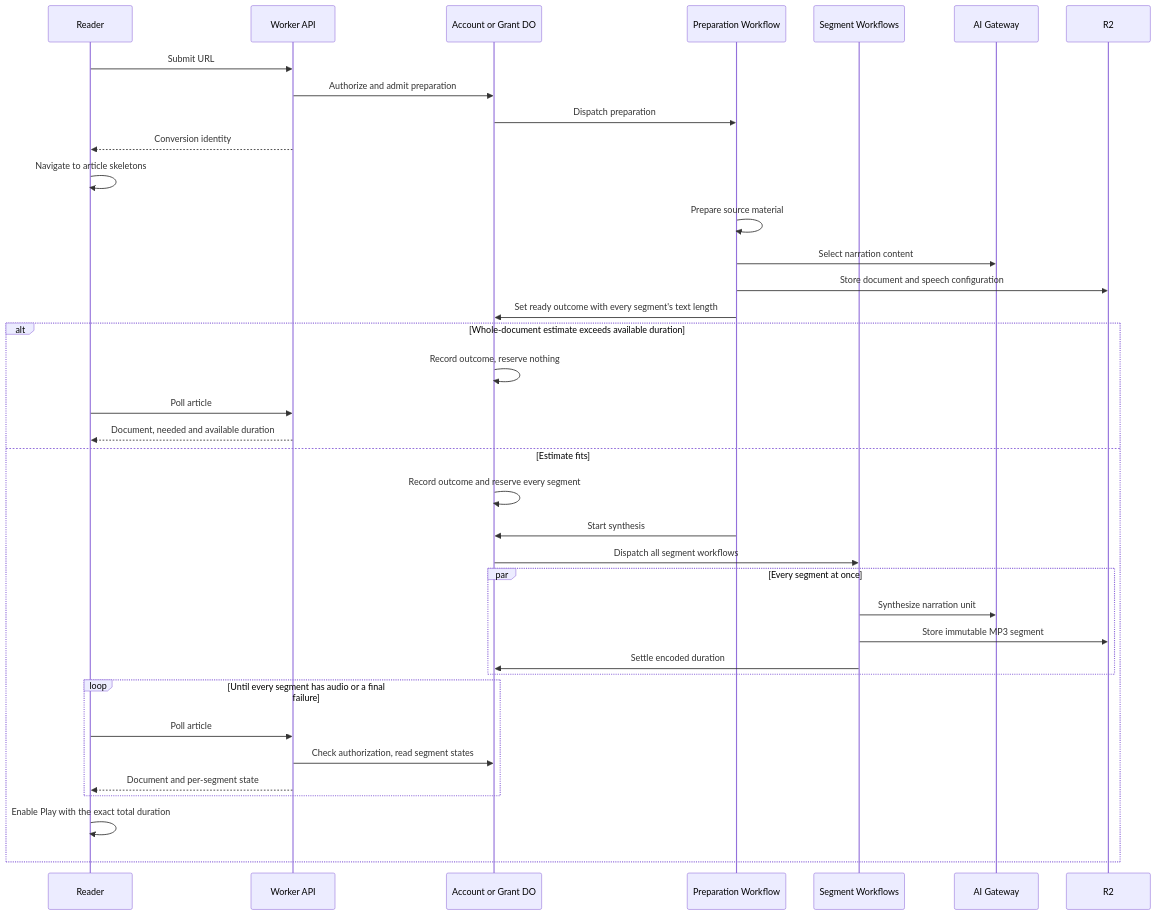
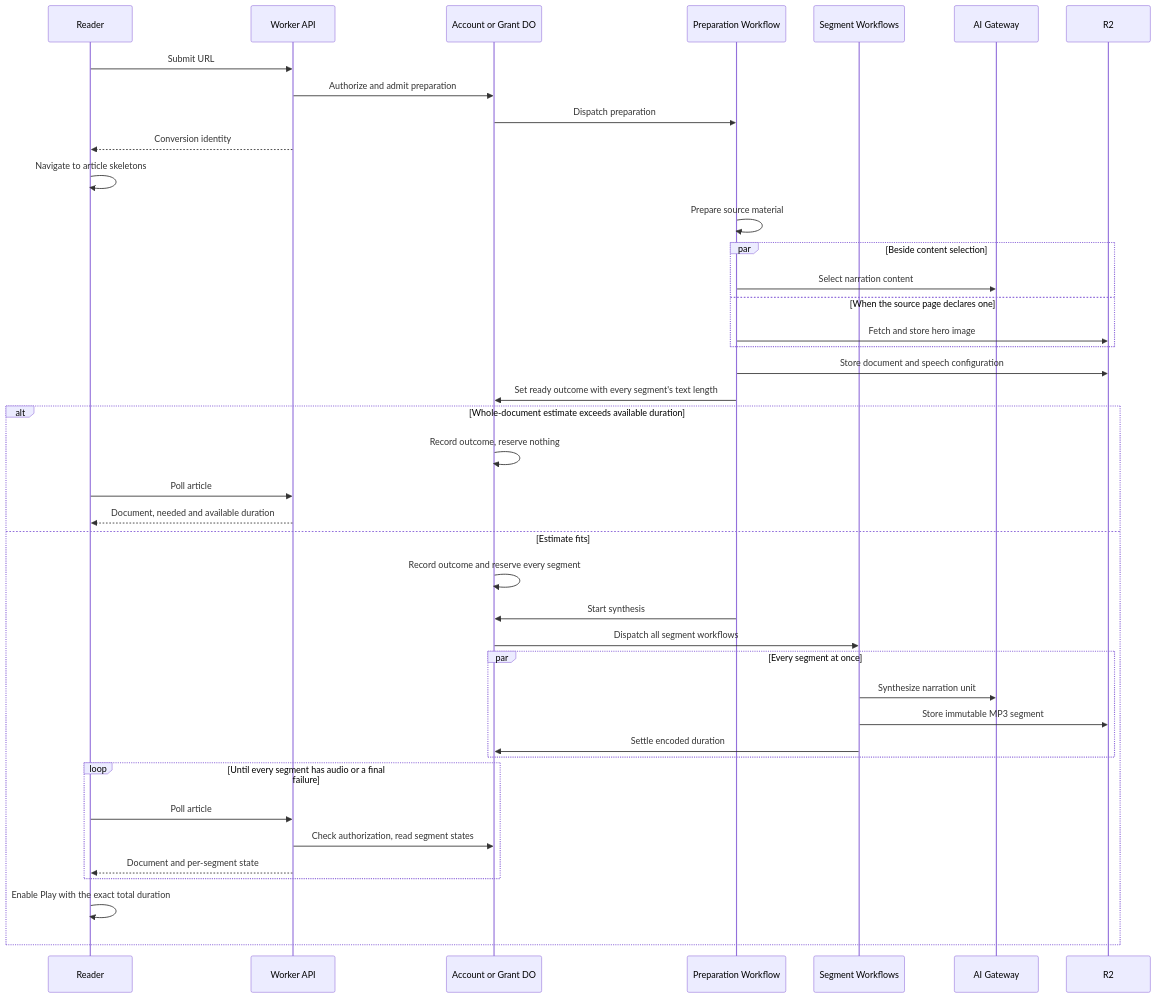
Before and after one commit to patricktree/cup: the diagram in docs/architecture/conversion.md, drawn with Mermaid. The commit also changed other lines of this file and 41 other files, not shown here.

First line of the commit message:
feat(conversion)!: keep the hero image a source page declares

````diff
--- a/docs/architecture/conversion.md
+++ b/docs/architecture/conversion.md
@@ -9,39 +9,43 @@
 ```mermaid
 sequenceDiagram
     participant Client as Reader
     participant API as Worker API
     participant Owner as Account or Grant DO
     participant Preparation as Preparation Workflow
     participant Segment as Segment Workflows
     participant AI as AI Gateway
     participant R2
     Client->>API: Submit URL
     API->>Owner: Authorize and admit preparation
     Owner->>Preparation: Dispatch preparation
     API-->>Client: Conversion identity
     Client->>Client: Navigate to article skeletons
     Preparation->>Preparation: Prepare source material
-    Preparation->>AI: Select narration content
+    par Beside content selection
+        Preparation->>AI: Select narration content
+    and When the source page declares one
+        Preparation->>R2: Fetch and store hero image
+    end
     Preparation->>R2: Store document and speech configuration
     Preparation->>Owner: Set ready outcome with every segment's text length
     alt Whole-document estimate exceeds available duration
         Owner->>Owner: Record outcome, reserve nothing
         Client->>API: Poll article
         API-->>Client: Document, needed and available duration
     else Estimate fits
         Owner->>Owner: Record outcome and reserve every segment
         Preparation->>Owner: Start synthesis
         Owner->>Segment: Dispatch all segment workflows
         par Every segment at once
             Segment->>AI: Synthesize narration unit
             Segment->>R2: Store immutable MP3 segment
             Segment->>Owner: Settle encoded duration
         end
         loop Until every segment has audio or a final failure
             Client->>API: Poll article
             API->>Owner: Check authorization, read segment states
             API-->>Client: Document and per-segment state
         end
         Client->>Client: Enable Play with the exact total duration
     end
 ```
````
